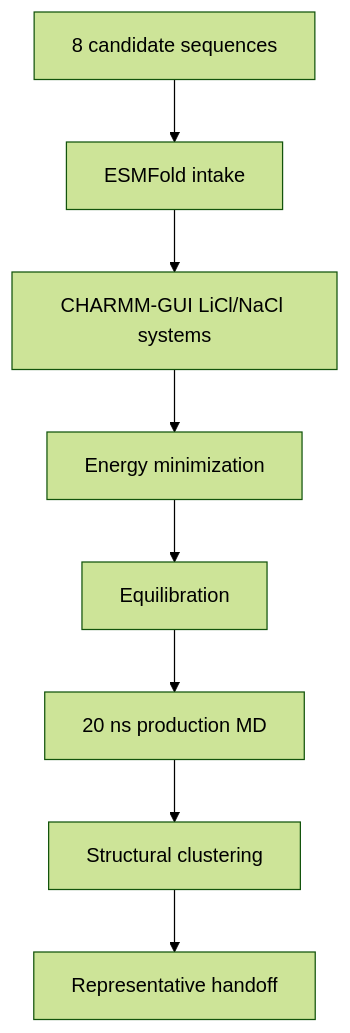
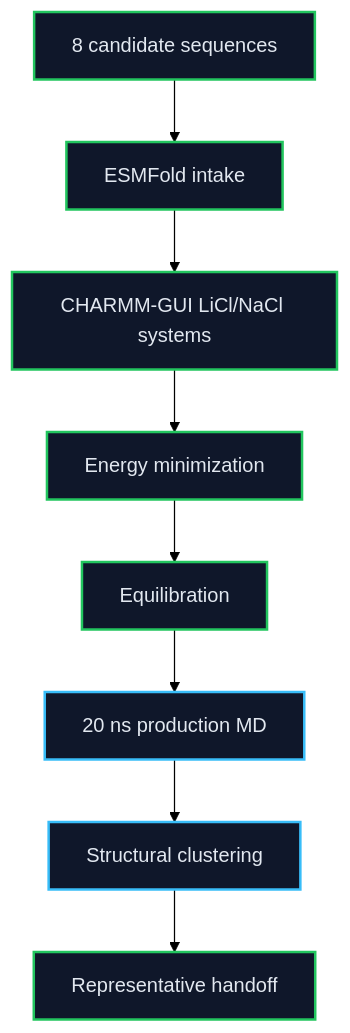
One commit to jackyissocute/LiSPER changed the diagram in 01_computational_discovery/md/README.md. Above: the diagram before and after it, drawn with Mermaid (forest theme). The commit also changed other lines of this file and 10 other files, not shown here.

````diff
--- a/01_computational_discovery/md/README.md
+++ b/01_computational_discovery/md/README.md
@@ -28,16 +30,22 @@
 ```mermaid
 flowchart TD
     accTitle: Revised 8-Candidate MD Workflow
     accDescr: The final library moves from ESMFold and CHARMM-GUI into minimization, equilibration, production MD, clustering, and representative handoff.
 
     sequences["8 candidate sequences"]
     esmfold["ESMFold intake"]
     charmm["CHARMM-GUI LiCl/NaCl systems"]
     minimization["Energy minimization"]
     equilibration["Equilibration"]
     production["20 ns production MD"]
     clustering["Structural clustering"]
     handoff["Representative handoff"]
 
     sequences --> esmfold --> charmm --> minimization --> equilibration --> production --> clustering --> handoff
+
+    classDef complete fill:#0F172A,stroke:#22C55E,stroke-width:2px,color:#E2E8F0
+    classDef running fill:#0F172A,stroke:#38BDF8,stroke-width:2px,color:#E2E8F0
+    class sequences,esmfold,charmm,minimization,equilibration complete
+    class production,clustering running
+    class handoff complete
 ```
````
